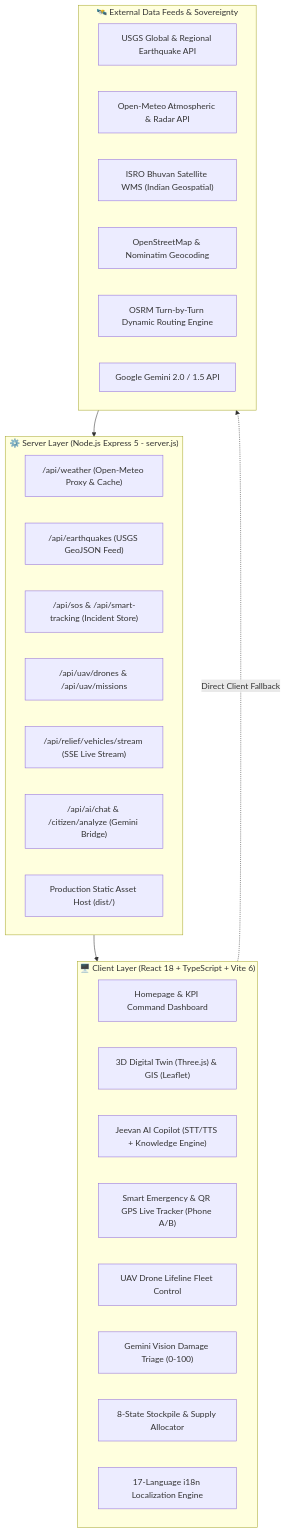
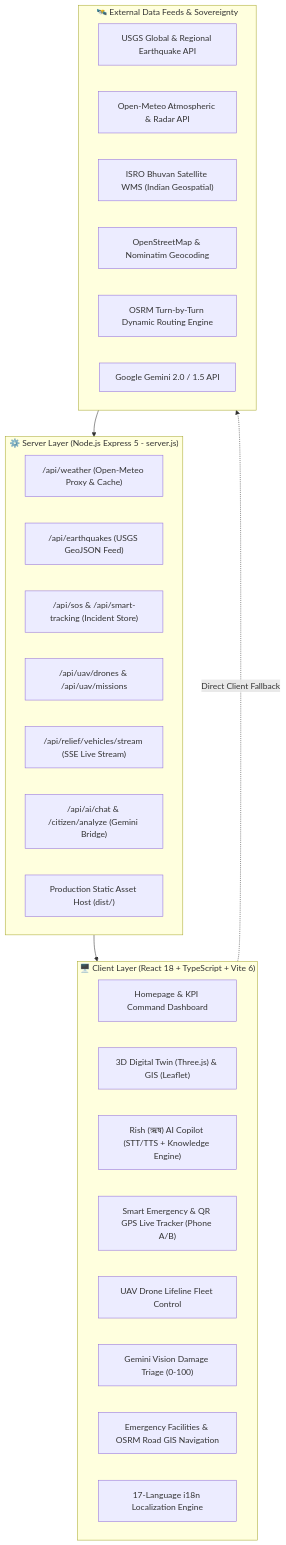
One commit to pragyakatiyar73-cyber/Jeevan-setu changed the second of 2 diagrams in README.md. Above: the diagram before and after it, drawn with Mermaid. The commit also changed other lines of this file, not shown here.

Commit message:
Update README.md with Rish AI branding, OSRM road GIS navigation, HTML5 live GPS and QR tracking documentation

````diff
--- a/README.md
+++ b/README.md
@@ -248,36 +236,36 @@
 ```mermaid
 flowchart TD
     subgraph CLIENT ["🖥️ Client Layer (React 18 + TypeScript + Vite 6)"]
         UI_Home["Homepage & KPI Command Dashboard"]
         UI_Map3D["3D Digital Twin (Three.js) & GIS (Leaflet)"]
-        UI_AI["Jeevan AI Copilot (STT/TTS + Knowledge Engine)"]
+        UI_AI["Rish (ऋष) AI Copilot (STT/TTS + Knowledge Engine)"]
         UI_Track["Smart Emergency & QR GPS Live Tracker (Phone A/B)"]
         UI_Drone["UAV Drone Lifeline Fleet Control"]
         UI_Vision["Gemini Vision Damage Triage (0-100)"]
-        UI_Stock["8-State Stockpile & Supply Allocator"]
+        UI_Facilities["Emergency Facilities & OSRM Road GIS Navigation"]
         UI_Lang["17-Language i18n Localization Engine"]
     end
 
     subgraph SERVER ["⚙️ Server Layer (Node.js Express 5 - server.js)"]
         API_Weather["/api/weather (Open-Meteo Proxy & Cache)"]
         API_Quake["/api/earthquakes (USGS GeoJSON Feed)"]
         API_SOS["/api/sos & /api/smart-tracking (Incident Store)"]
         API_UAV["/api/uav/drones & /api/uav/missions"]
         API_Fleet["/api/relief/vehicles/stream (SSE Live Stream)"]
         API_Chat["/api/ai/chat & /citizen/analyze (Gemini Bridge)"]
         API_Static["Production Static Asset Host (dist/)"]
     end
 
     subgraph DATA_SOURCES ["🛰️ External Data Feeds & Sovereignty"]
         USGS["USGS Global & Regional Earthquake API"]
         OpenMeteo["Open-Meteo Atmospheric & Radar API"]
         Bhuvan["ISRO Bhuvan Satellite WMS (Indian Geospatial)"]
         OSM["OpenStreetMap & Nominatim Geocoding"]
         OSRM["OSRM Turn-by-Turn Dynamic Routing Engine"]
         Gemini["Google Gemini 2.0 / 1.5 API"]
     end
 
     DATA_SOURCES --> SERVER
     SERVER --> CLIENT
     CLIENT -. Direct Client Fallback .-> DATA_SOURCES
 ```
````
